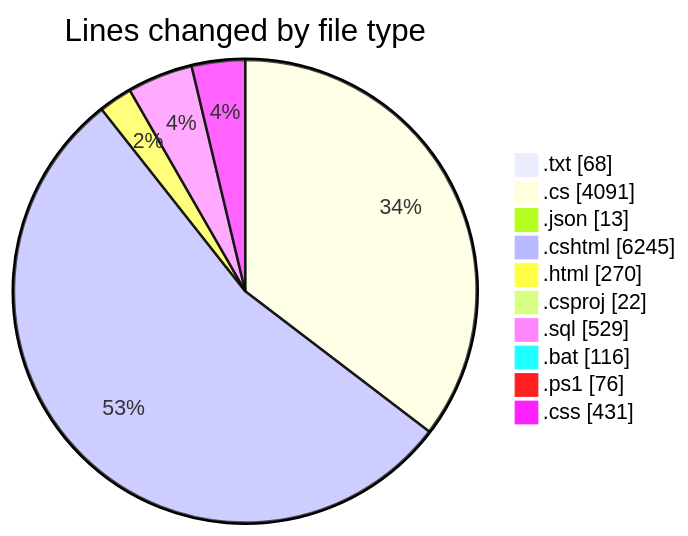
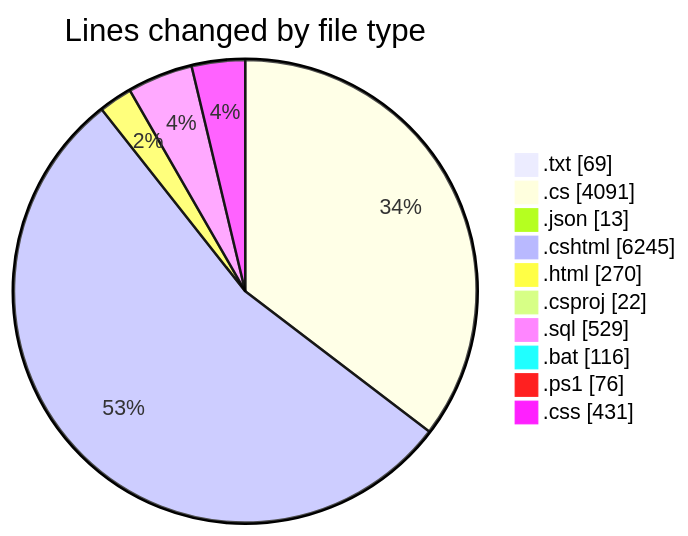
Before and after one commit to lephambinh05/code-tracking: the first of 2 diagrams in 2025-07-27/quanlyrapchieuphim-1/README.md, drawn with Mermaid. The commit also changed other lines of this file and 1 other file, not shown here.

````diff
--- a/2025-07-27/quanlyrapchieuphim-1/README.md
+++ b/2025-07-27/quanlyrapchieuphim-1/README.md
@@ -61,14 +61,14 @@
 ```mermaid
 pie showData
 title Lines changed by file type
-".txt" : 68
+".txt" : 69
 ".cs" : 4091
 ".json" : 13
 ".cshtml" : 6245
 ".html" : 270
 ".csproj" : 22
 ".sql" : 529
 ".bat" : 116
 ".ps1" : 76
 ".css" : 431
 ```
````
